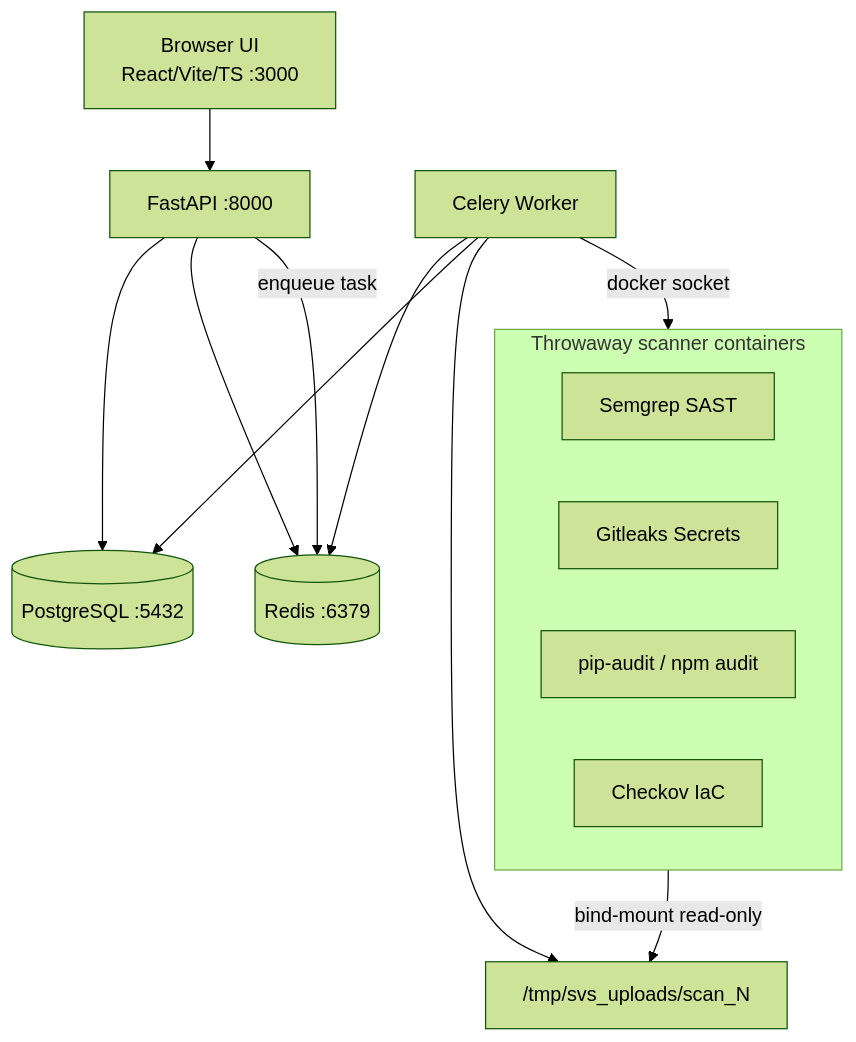
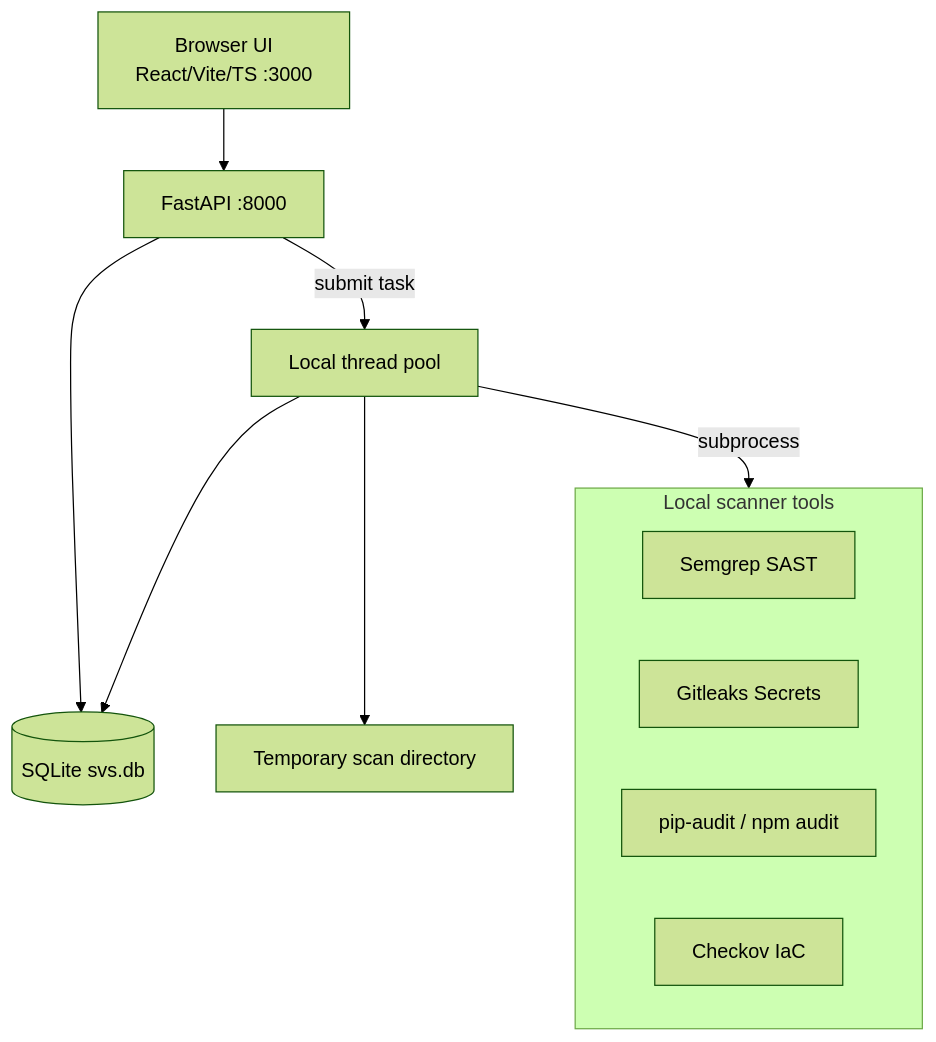
One commit to Yuta1415/SVS changed the diagram in README.md. Above: the diagram before and after it, drawn with Mermaid (forest theme). The commit also changed other lines of this file and 36 other files, not shown here.

````diff
--- a/README.md
+++ b/README.md
@@ -134,18 +121,15 @@
 ```mermaid
 graph TB
     FE[Browser UI<br/>React/Vite/TS :3000] --> API[FastAPI :8000]
-    API --> DB[(PostgreSQL :5432)]
-    API --> REDIS[(Redis :6379)]
-    API -->|enqueue task| REDIS
-    WORKER[Celery Worker] --> REDIS
-    WORKER --> DB
-    WORKER -->|docker socket| SCANNERS
-    subgraph SCANNERS [Throwaway scanner containers]
+    API --> DB[(SQLite svs.db)]
+    API -->|submit task| POOL[Local thread pool]
+    POOL --> DB
+    POOL -->|subprocess| SCANNERS
+    subgraph SCANNERS [Local scanner tools]
         S[Semgrep SAST]
         G[Gitleaks Secrets]
         D[pip-audit / npm audit]
         I[Checkov IaC]
     end
-    SCANNERS -->|bind-mount read-only| UPLOADS["/tmp/svs_uploads/scan_N"]
-    WORKER --> UPLOADS
+    POOL --> UPLOADS["Temporary scan directory"]
 ```
````
